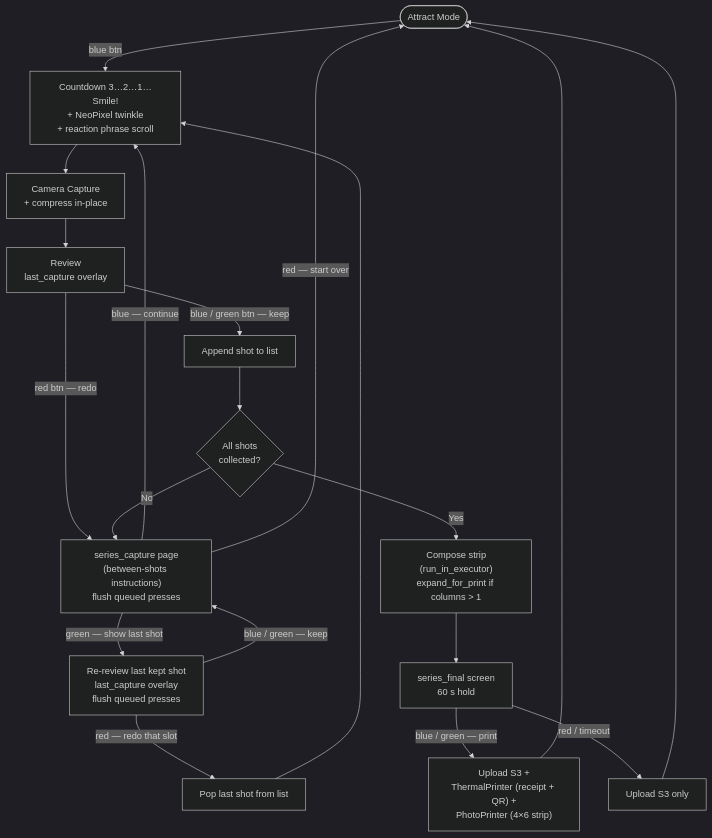
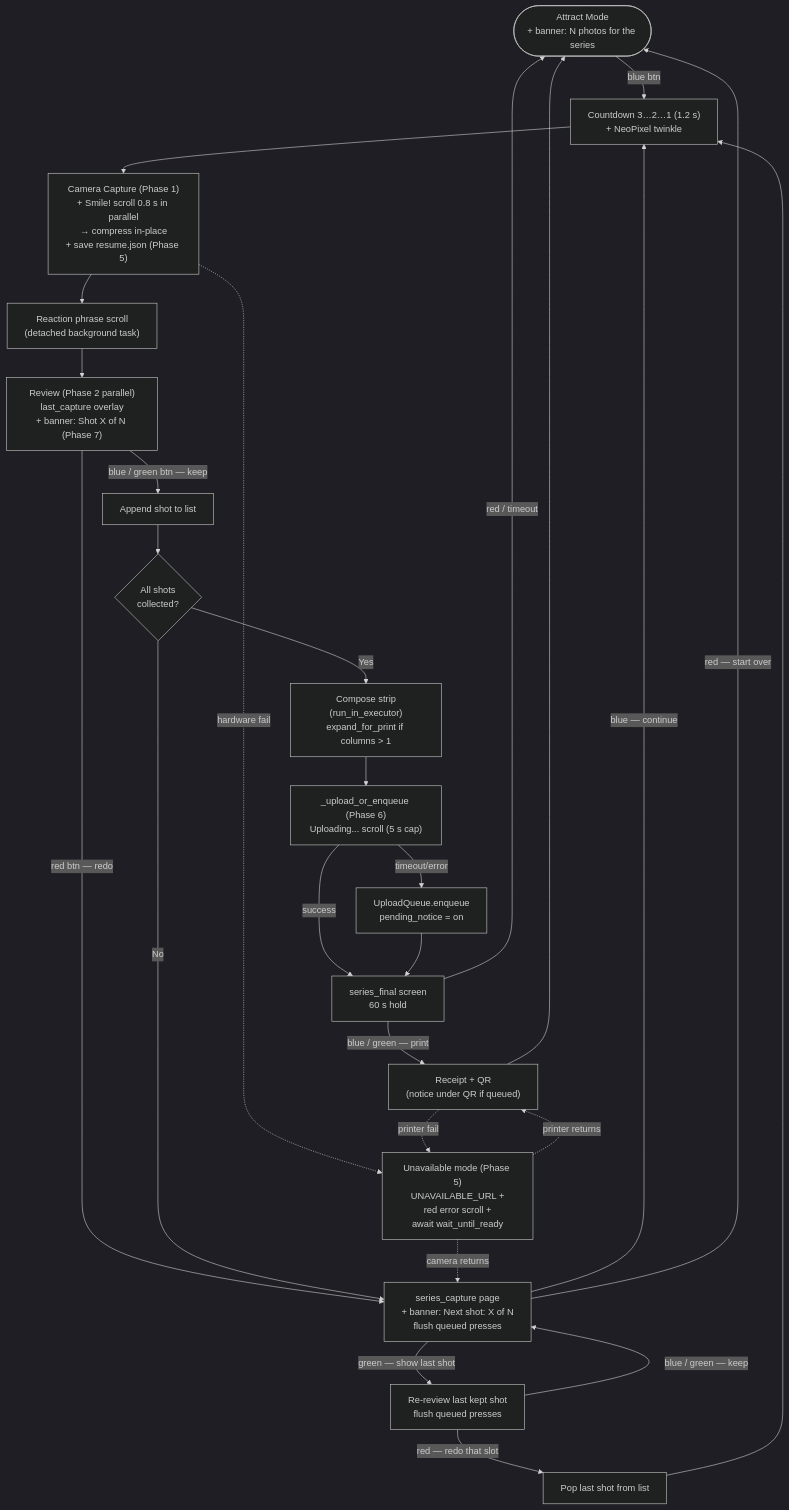
Before and after one commit to capturingtime/photobooth: the second of 2 diagrams in ARCHITECTURE.md, drawn with Mermaid (dark theme). The commit also changed other lines of this file and 3 other files, not shown here.

````diff
--- a/ARCHITECTURE.md
+++ b/ARCHITECTURE.md
@@ -367,34 +609,45 @@
 ```mermaid
 flowchart TD
-    ATTRACT(["Attract Mode"])
+    ATTRACT(["Attract Mode\n+ banner: N photos for the series"])
     ATTRACT -->|"blue btn"| COUNTDOWN
 
-    COUNTDOWN["Countdown 3…2…1…Smile!\n+ NeoPixel twinkle\n+ reaction phrase scroll"]
-    COUNTDOWN --> CAPTURE["Camera Capture\n+ compress in-place"]
-    CAPTURE --> REVIEW
+    COUNTDOWN["Countdown 3…2…1 (1.2 s)\n+ NeoPixel twinkle"]
+    COUNTDOWN --> CAPTURE["Camera Capture (Phase 1)\n+ Smile! scroll 0.8 s in parallel\n→ compress in-place\n+ save resume.json (Phase 5)"]
+    CAPTURE --> PHRASE["Reaction phrase scroll\n(detached background task)"]
+    PHRASE --> REVIEW
 
-    REVIEW["Review\nlast_capture overlay"]
+    REVIEW["Review (Phase 2 parallel)\nlast_capture overlay\n+ banner: Shot X of N (Phase 7)"]
     REVIEW -->|"red btn — redo"| SERIES_PAGE
     REVIEW -->|"blue / green btn — keep"| APPEND["Append shot to list"]
 
     APPEND --> NEXT_OR_DONE{All shots\ncollected?}
     NEXT_OR_DONE -->|"Yes"| COMPOSE
     NEXT_OR_DONE -->|"No"| SERIES_PAGE
 
-    SERIES_PAGE["series_capture page\n(between-shots instructions)\nflush queued presses"]
+    SERIES_PAGE["series_capture page\n+ banner: Next shot: X of N\nflush queued presses"]
     SERIES_PAGE -->|"blue — continue"| COUNTDOWN
     SERIES_PAGE -->|"red — start over"| ATTRACT
     SERIES_PAGE -->|"green — show last shot"| RESHOW
 
-    RESHOW["Re-review last kept shot\nlast_capture overlay\nflush queued presses"]
+    RESHOW["Re-review last kept shot\nflush queued presses"]
     RESHOW -->|"blue / green — keep"| SERIES_PAGE
     RESHOW -->|"red — redo that slot"| POP["Pop last shot from list"]
     POP --> COUNTDOWN
 
     COMPOSE["Compose strip\n(run_in_executor)\nexpand_for_print if columns > 1"]
-    COMPOSE --> FINAL["series_final screen\n60 s hold"]
-    FINAL -->|"blue / green — print"| PRINT["Upload S3 +\nThermalPrinter (receipt + QR) +\nPhotoPrinter (4×6 strip)"]
-    FINAL -->|"red / timeout"| UPLOAD_ONLY["Upload S3 only"]
+    COMPOSE --> UPLOAD["_upload_or_enqueue (Phase 6)\nUploading... scroll (5 s cap)"]
+    UPLOAD -->|"success"| FINAL
+    UPLOAD -->|"timeout/error"| QUEUE["UploadQueue.enqueue\npending_notice = on"]
+    QUEUE --> FINAL
+
+    FINAL["series_final screen\n60 s hold"]
+    FINAL -->|"blue / green — print"| PRINT["Receipt + QR\n(notice under QR if queued)"]
+    FINAL -->|"red / timeout"| ATTRACT
     PRINT --> ATTRACT
-    UPLOAD_ONLY --> ATTRACT
+
+    CAPTURE -.->|"hardware fail"| UNAVAIL
+    PRINT -.->|"printer fail"| UNAVAIL
+    UNAVAIL["Unavailable mode (Phase 5)\nUNAVAILABLE_URL +\nred error scroll +\nawait wait_until_ready"]
+    UNAVAIL -.->|"camera returns"| SERIES_PAGE
+    UNAVAIL -.->|"printer returns"| PRINT
 ```
````
